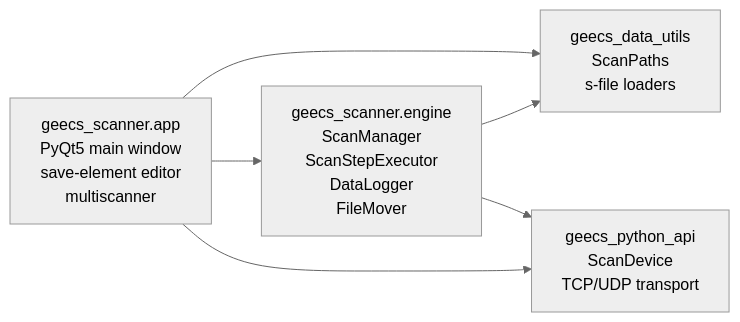
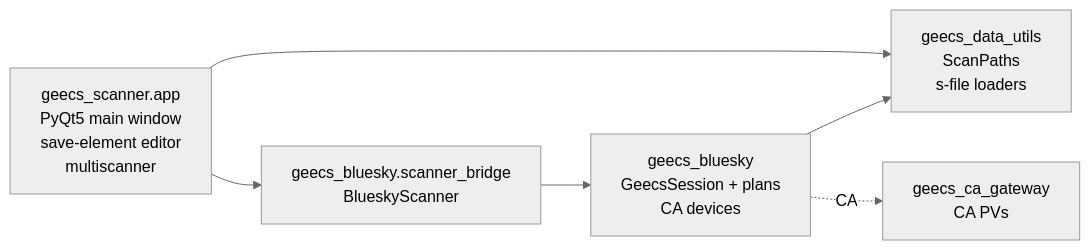
Before and after one commit to GEECS-BELLA/GEECS-Plugins: the diagram in docs/geecs_scanner/architecture.md, drawn with Mermaid (neutral theme). The commit also changed other lines of this file and 19 other files, not shown here.

````diff
--- a/docs/geecs_scanner/architecture.md
+++ b/docs/geecs_scanner/architecture.md
@@ -9,13 +9,14 @@
 ```mermaid
 flowchart LR
     GUI[geecs_scanner.app<br/>PyQt5 main window<br/>save-element editor<br/>multiscanner]
-    Engine[geecs_scanner.engine<br/>ScanManager<br/>ScanStepExecutor<br/>DataLogger<br/>FileMover]
+    Bridge[geecs_bluesky.scanner_bridge<br/>BlueskyScanner]
+    Engine[geecs_bluesky<br/>GeecsSession + plans<br/>CA devices]
     DataUtils[geecs_data_utils<br/>ScanPaths<br/>s-file loaders]
-    PythonAPI[geecs_python_api<br/>ScanDevice<br/>TCP/UDP transport]
+    Gateway[geecs_ca_gateway<br/>CA PVs]
 
-    GUI --> Engine
+    GUI --> Bridge
     GUI --> DataUtils
+    Bridge --> Engine
     Engine --> DataUtils
-    Engine --> PythonAPI
-    GUI --> PythonAPI
+    Engine -. CA .-> Gateway
 ```
````
